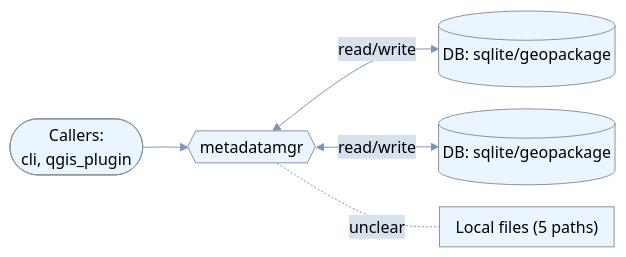
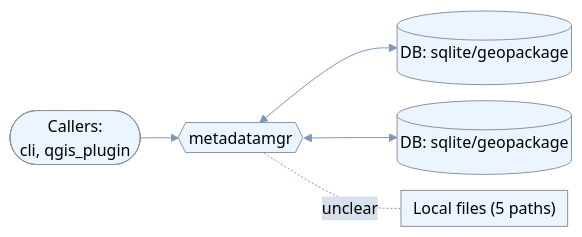
One commit to johnzastrow/Roux7375Testresults changed diagram 18 of 42 in outputs/johnzastrow_Summary.md. Above: the diagram before and after it, drawn with Mermaid. The commit also changed other lines of this file, not shown here.

First line of the commit message:
Enlarge data flow diagram text for letter-size printing

````diff
--- a/outputs/johnzastrow_Summary.md
+++ b/outputs/johnzastrow_Summary.md
@@ -1450,13 +1450,13 @@
 ```mermaid
-%%{init: {"theme":"base","flowchart":{"useMaxWidth":true,"nodeSpacing":22,"rankSpacing":45,"padding":8},"themeVariables":{"background":"#ffffff","primaryColor":"#ebf5ff","primaryTextColor":"#000000","primaryBorderColor":"#8c939b","lineColor":"#7c96bb","secondaryColor":"#d7e1ee","tertiaryColor":"#c3d2e5","fontFamily":"\"Inter\", \"Noto Sans SC\", sans-serif","fontSize":"14","pie1":"#b4413c","pie2":"#d9893b","pie3":"#7c96bb","pie4":"#73A78D","pie5":"#CB9B7A","pie6":"#6B8CAE","pie7":"#c3d2e5","pie8":"#8c939b"}}}%%
+%%{init: {"theme":"base","flowchart":{"useMaxWidth":true,"nodeSpacing":16,"rankSpacing":38,"padding":6},"themeVariables":{"background":"#ffffff","primaryColor":"#ebf5ff","primaryTextColor":"#000000","primaryBorderColor":"#8c939b","lineColor":"#7c96bb","secondaryColor":"#d7e1ee","tertiaryColor":"#c3d2e5","fontFamily":"\"Inter\", \"Noto Sans SC\", sans-serif","fontSize":"17","pie1":"#b4413c","pie2":"#d9893b","pie3":"#7c96bb","pie4":"#73A78D","pie5":"#CB9B7A","pie6":"#6B8CAE","pie7":"#c3d2e5","pie8":"#8c939b"}}}%%
 flowchart LR
     APP{{"metadatamgr"}}
     U(["Callers:<br>cli, qgis_plugin"]) --> APP
     D1[("DB: sqlite/geopackage")]
-    APP <-->|read/write| D1
+    APP <--> D1
     D2[("DB: sqlite/geopackage")]
-    APP <-->|read/write| D2
+    APP <--> D2
     F3["Local files (5 paths)"]
     APP -.-|unclear| F3
     classDef ext fill:#fdecea,stroke:#b4413c,stroke-width:2px,color:#000000
 ```
````
